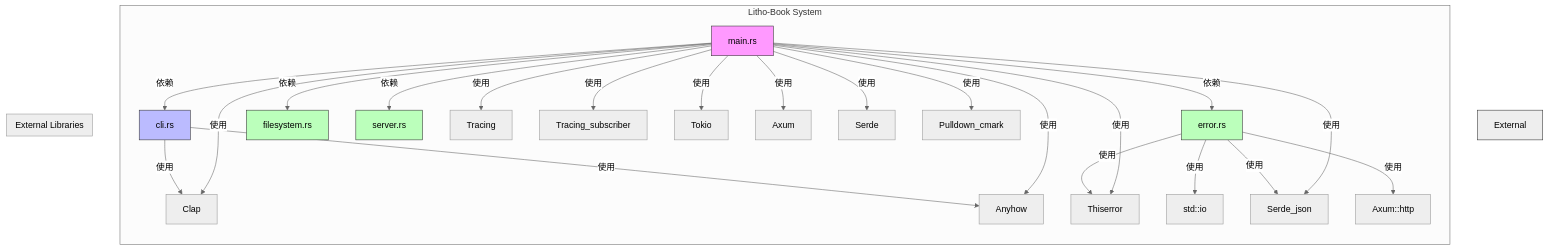
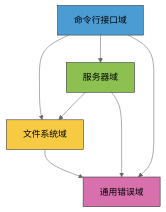
One commit to sopaco/litho-book changed the second of 10 diagrams in litho.docs/2、架构概览.md. Above: the diagram before and after it, drawn with Mermaid (neutral theme). The commit also changed other lines of this file and 16 other files, not shown here.

````diff
--- a/litho.docs/2、架构概览.md
+++ b/litho.docs/2、架构概览.md
@@ -197,53 +112,14 @@
 ```mermaid
-flowchart TD
-    subgraph Litho-Book System
-        direction TB
-        Main[main.rs]
-        CLI[cli.rs]
-        Error[error.rs]
-        FS[filesystem.rs]
-        Server[server.rs]
-
-        Main -->|依赖| CLI
-        Main -->|依赖| Error
-        Main -->|依赖| FS
-        Main -->|依赖| Server
-
-        CLI -->|使用| Clap
-        CLI -->|使用| Anyhow
-        Error -->|使用| Thiserror
-        Error -->|使用| std::io
-        Error -->|使用| Serde_json
-        Error -->|使用| Axum::http
-        Main -->|使用| Clap
-        Main -->|使用| Tracing
-        Main -->|使用| Tracing_subscriber
-        Main -->|使用| Tokio
-        Main -->|使用| Anyhow
-        Main -->|使用| Axum
-        Main -->|使用| Serde_json
-        Main -->|使用| Thiserror
-        Main -->|使用| Serde
-        Main -->|使用| Pulldown_cmark
-    end
-
-    subgraph External Libraries
-        Clap[Clap]
-        Tracing[Tracing]
-        Tracing_subscriber[Tracing_subscriber]
-        Tokio[Tokio]
-        Anyhow[Anyhow]
-        Axum[Axum]
-        Serde_json[Serde_json]
-        Thiserror[Thiserror]
-        Serde[Serde]
-        Pulldown_cmark[Pulldown_cmark]
-    end
-
-    style Main fill:#f9f,stroke:#333
-    style CLI fill:#bbf,stroke:#333
-    style Error fill:#bfb,stroke:#333
-    style FS fill:#bfb,stroke:#333
-    style Server fill:#bfb,stroke:#333
-    style External Libraries fill:#eee,stroke:#333
+graph TD
+    CLI[命令行接口域] --> FS[文件系统域]
+    CLI --> Server[服务器域]
+    Server --> FS
+    Server --> Error[通用错误域]
+    FS --> Error
+    CLI --> Error
+    
+    style CLI fill:#4B9CD3,stroke:#333
+    style FS fill:#F7CA44,stroke:#333
+    style Server fill:#8CC152,stroke:#333
+    style Error fill:#D770AD,stroke:#333
 ```
````
